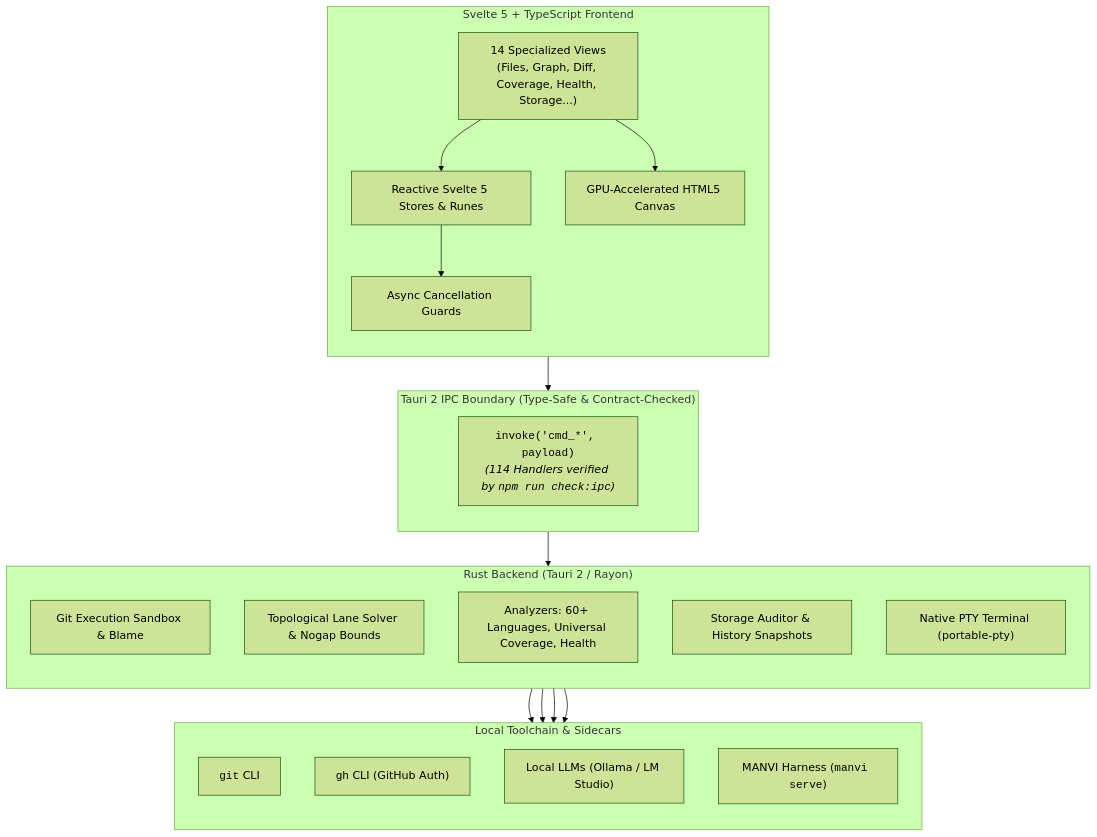
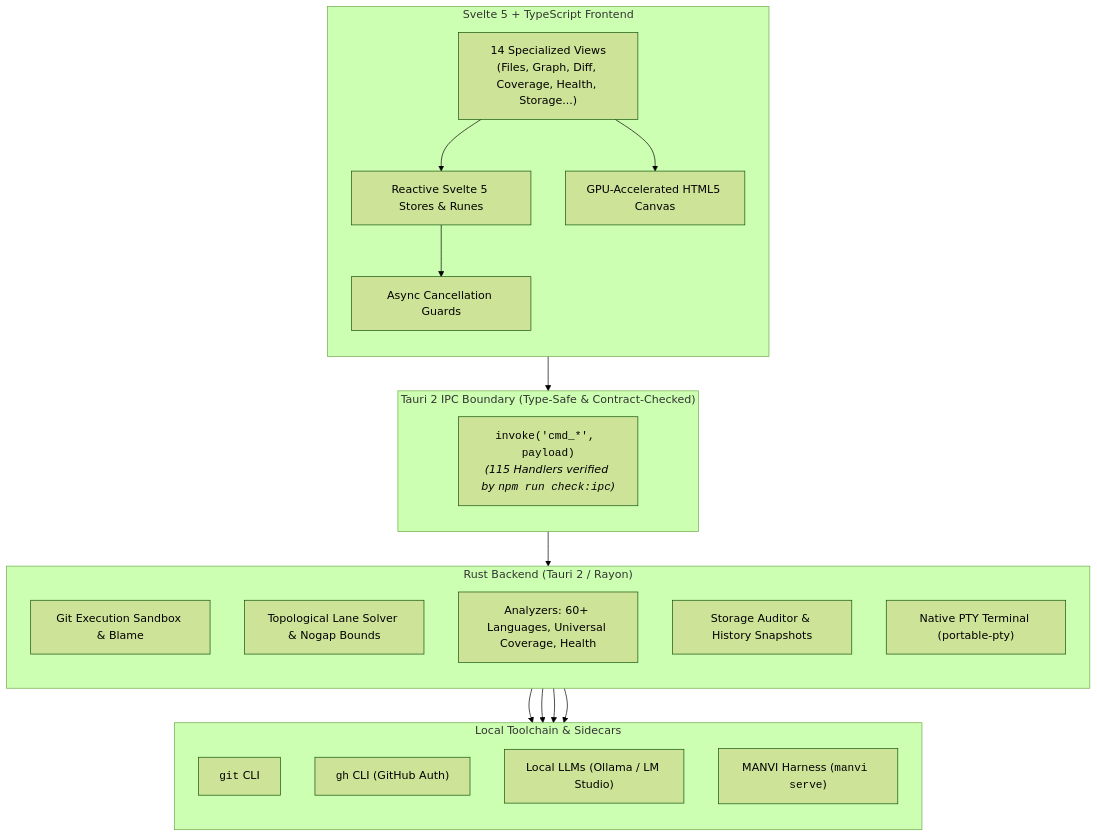
Before and after one commit to bharathvbcr/GitPulse: the first of 4 diagrams in README.md, drawn with Mermaid (forest theme). The commit also changed other lines of this file and 13 other files, not shown here.

````diff
--- a/README.md
+++ b/README.md
@@ -41,43 +41,43 @@
 ```mermaid
 flowchart TB
     subgraph Frontend["Svelte 5 + TypeScript Frontend"]
         direction TB
         Views["14 Specialized Views<br/>(Files, Graph, Diff, Coverage, Health, Storage...)"]
         Stores["Reactive Svelte 5 Stores & Runes"]
         CanvasEngine["GPU-Accelerated HTML5 Canvas"]
         AsyncGuards["Async Cancellation Guards"]
         
         Views --> Stores
         Views --> CanvasEngine
         Stores --> AsyncGuards
     end
 
     subgraph IPC["Tauri 2 IPC Boundary (Type-Safe & Contract-Checked)"]
         direction TB
-        IPCBridge["<code>invoke('cmd_*', payload)</code><br/><i>(114 Handlers verified by <code>npm run check:ipc</code>)</i>"]
+        IPCBridge["<code>invoke('cmd_*', payload)</code><br/><i>(115 Handlers verified by <code>npm run check:ipc</code>)</i>"]
     end
 
     subgraph Backend["Rust Backend (Tauri 2 / Rayon)"]
         direction TB
         GitSandbox["Git Execution Sandbox & Blame"]
         GraphSolver["Topological Lane Solver & Nogap Bounds"]
         Analyzers["Analyzers: 60+ Languages, Universal Coverage, Health"]
         StorageEngine["Storage Auditor & History Snapshots"]
         TerminalPTY["Native PTY Terminal (portable-pty)"]
     end
 
     subgraph LocalTools["Local Toolchain & Sidecars"]
         direction TB
         GitCLI["<code>git</code> CLI"]
         GhCLI["<code>gh</code> CLI (GitHub Auth)"]
         LocalAI["Local LLMs (Ollama / LM Studio)"]
         ManviSidecar["MANVI Harness (<code>manvi serve</code>)"]
     end
 
     AsyncGuards --> IPCBridge
     IPCBridge --> Backend
     GitSandbox --> GitCLI
     Analyzers --> GhCLI
     Analyzers --> LocalAI
     Backend --> ManviSidecar
 ```
````
